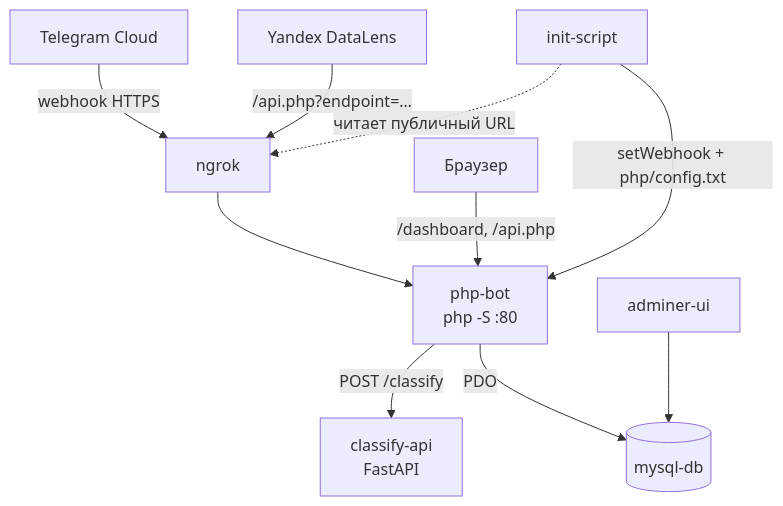
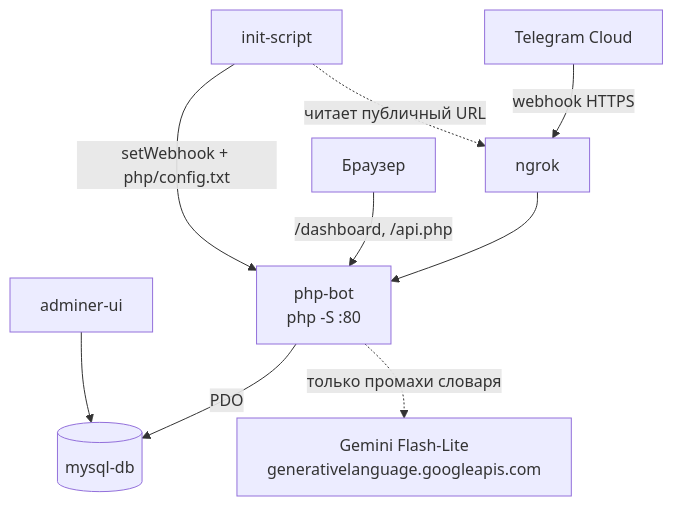
One commit to Mikhail-Konyukhov/telegram-bot changed the diagram in README.md. Above: the diagram before and after it, drawn with Mermaid. The commit also changed other lines of this file and 61 other files, not shown here.

````diff
--- a/README.md
+++ b/README.md
@@ -23,12 +20,11 @@
 ```mermaid
 graph TD
     TG["Telegram Cloud"] -->|"webhook HTTPS"| NGROK["ngrok"]
     NGROK --> PHP["php-bot<br/>php -S :80"]
     USER["Браузер"] -->|"/dashboard, /api.php"| PHP
-    DL["Yandex DataLens"] -->|"/api.php?endpoint=…"| NGROK
-    PHP -->|"POST /classify"| PY["classify-api<br/>FastAPI"]
     PHP -->|"PDO"| DB[("mysql-db")]
+    PHP -.->|"только промахи словаря"| GEM["Gemini Flash-Lite<br/>generativelanguage.googleapis.com"]
     ADMINER["adminer-ui"] --> DB
     INIT["init-script"] -->|"setWebhook + php/config.txt"| PHP
     INIT -.->|"читает публичный URL"| NGROK
 ```
````
